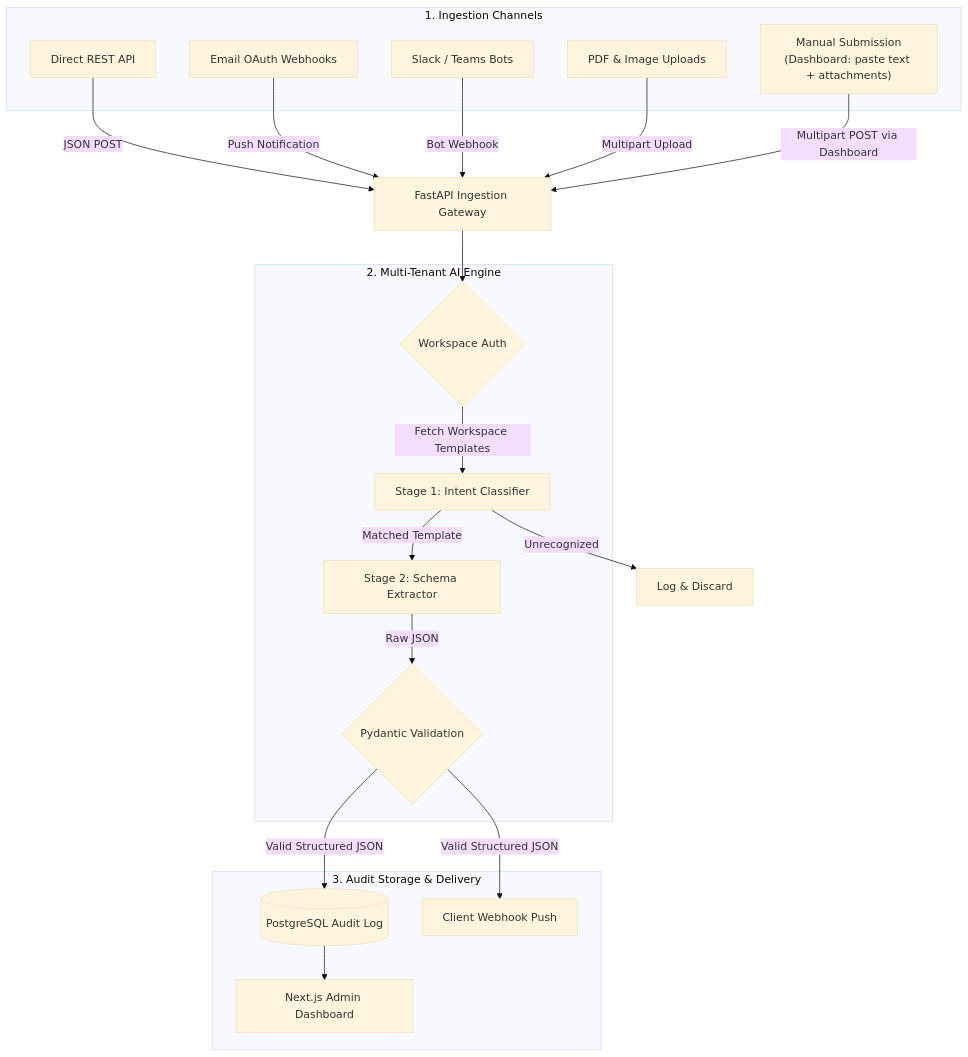
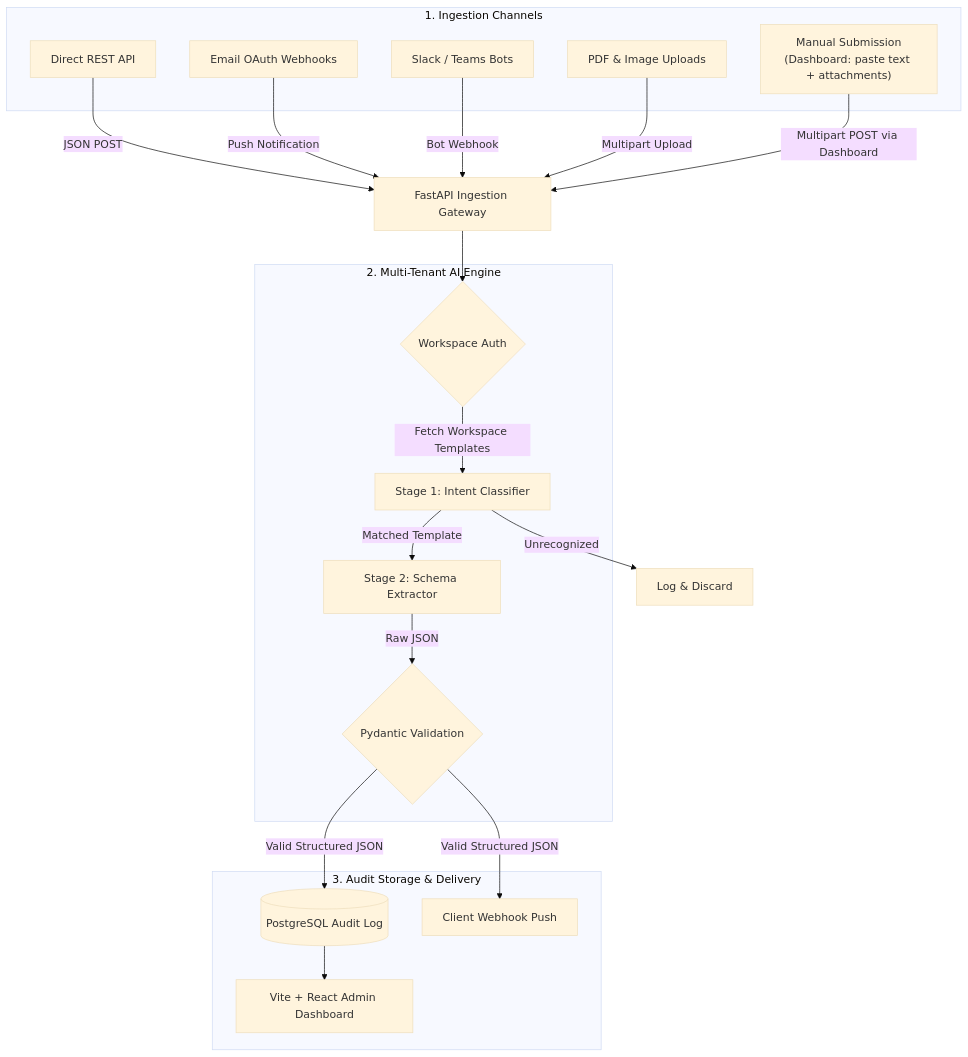
The diagram in docs/architecture.md (ajaysajikumar8/Intelligent-Data-Extraction), drawn with Mermaid (base theme) before and after one commit. The commit also changed other lines of this file and 115 other files, not shown here.

````diff
--- a/docs/architecture.md
+++ b/docs/architecture.md
@@ -18,41 +18,41 @@
 ```mermaid
 graph TD
     subgraph Ingestion ["1. Ingestion Channels"]
         API[Direct REST API]
         Email[Email OAuth Webhooks]
         Chat[Slack / Teams Bots]
         File[PDF & Image Uploads]
         Manual["Manual Submission\n(Dashboard: paste text + attachments)"]
     end
 
     G[FastAPI Ingestion Gateway]
 
     API -->|JSON POST| G
     Email -->|Push Notification| G
     Chat -->|Bot Webhook| G
     File -->|Multipart Upload| G
     Manual -->|Multipart POST via Dashboard| G
 
     subgraph AI_Engine ["2. Multi-Tenant AI Engine"]
         Auth{Workspace Auth}
         M1[Stage 1: Intent Classifier]
         M2[Stage 2: Schema Extractor]
         Pydantic{Pydantic Validation}
     end
 
     G --> Auth
     Auth -->|Fetch Workspace Templates| M1
     M1 -->|Matched Template| M2
     M1 -->|Unrecognized| Drop[Log & Discard]
     M2 -->|Raw JSON| Pydantic
 
     subgraph Delivery ["3. Audit Storage & Delivery"]
         DB[(PostgreSQL Audit Log)]
         Webhook[Client Webhook Push]
-        Dashboard[Next.js Admin Dashboard]
+        Dashboard[Vite + React Admin Dashboard]
     end
 
     Pydantic -->|Valid Structured JSON| DB
     Pydantic -->|Valid Structured JSON| Webhook
     DB --> Dashboard
 ```
````
